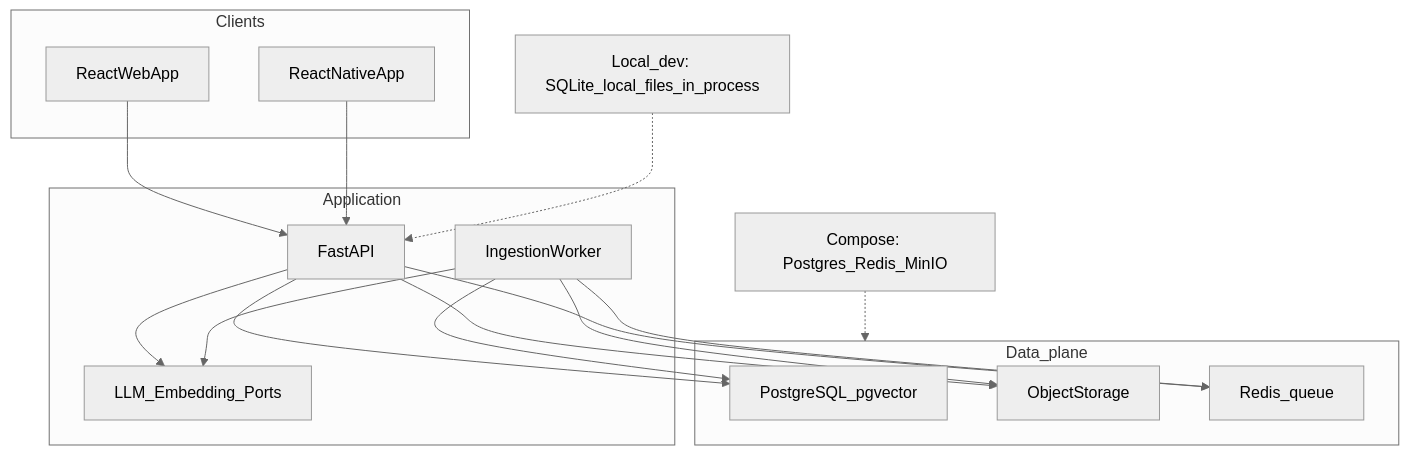
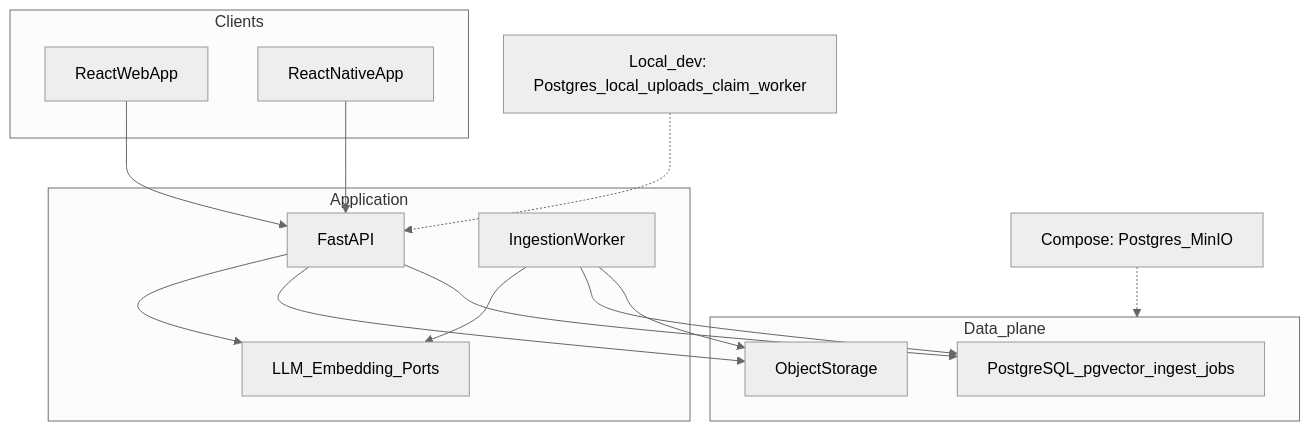
The ninth of 10 diagrams in docs/architecture/diagrams.md (aushakanuj/education-platform), drawn with Mermaid (neutral theme) before and after one commit. The commit also changed other lines of this file and 43 other files, not shown here.

First line of the commit message:
Migrate backend storage from SQLite to Postgres with pgvector.

````diff
--- a/docs/architecture/diagrams.md
+++ b/docs/architecture/diagrams.md
@@ -214,33 +214,30 @@
 ```mermaid
 flowchart TB
     subgraph Clients[Clients]
         Web[ReactWebApp]
         Mobile[ReactNativeApp]
     end
 
     subgraph App[Application]
         Api[FastAPI]
         Worker[IngestionWorker]
         AiPorts[LLM_Embedding_Ports]
     end
 
     subgraph Data[Data_plane]
-        Pg["PostgreSQL_pgvector"]
+        Pg["PostgreSQL_pgvector_ingest_jobs"]
         Objects[ObjectStorage]
-        Redis[Redis_queue]
     end
 
     Web --> Api
     Mobile --> Api
     Api --> Pg
     Api --> Objects
     Api --> AiPorts
-    Api --> Redis
-    Worker --> Redis
     Worker --> Objects
     Worker --> Pg
     Worker --> AiPorts
 
-    LocalDev["Local_dev: SQLite_local_files_in_process"] -.-> Api
-    Compose["Compose: Postgres_Redis_MinIO"] -.-> Data
+    LocalDev["Local_dev: Postgres_local_uploads_claim_worker"] -.-> Api
+    Compose["Compose: Postgres_MinIO"] -.-> Data
 ```
````
